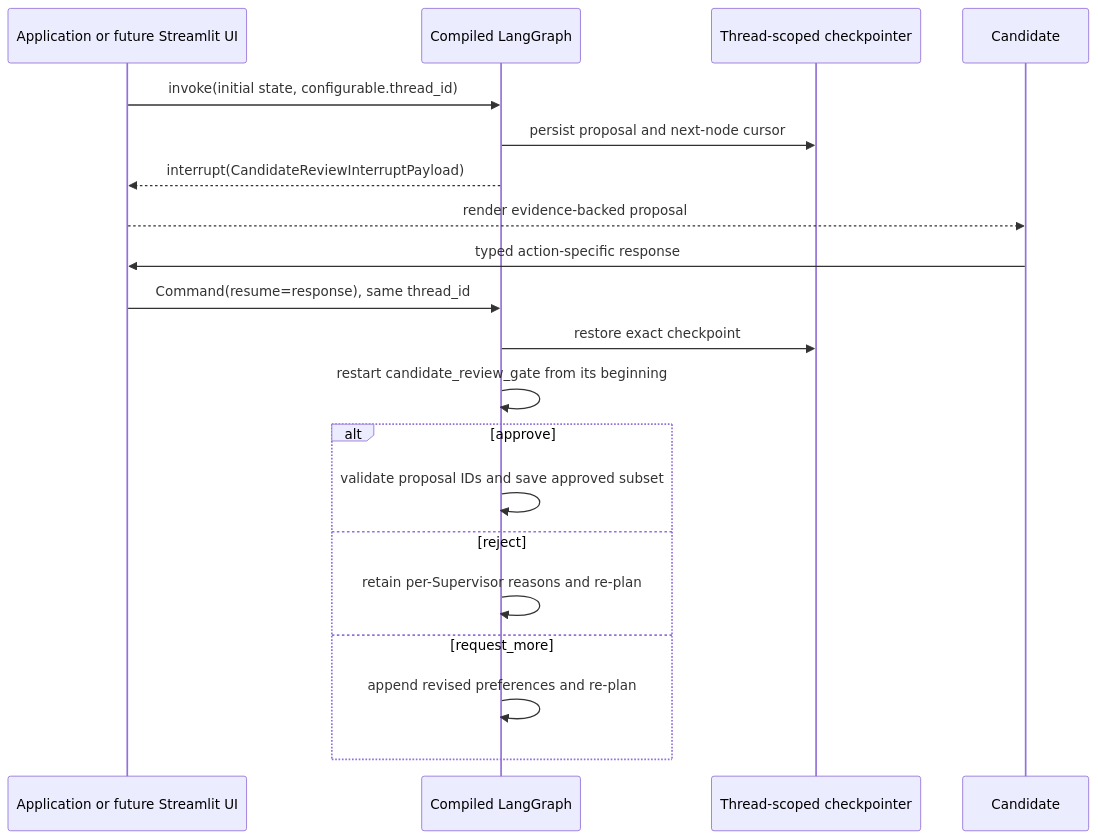
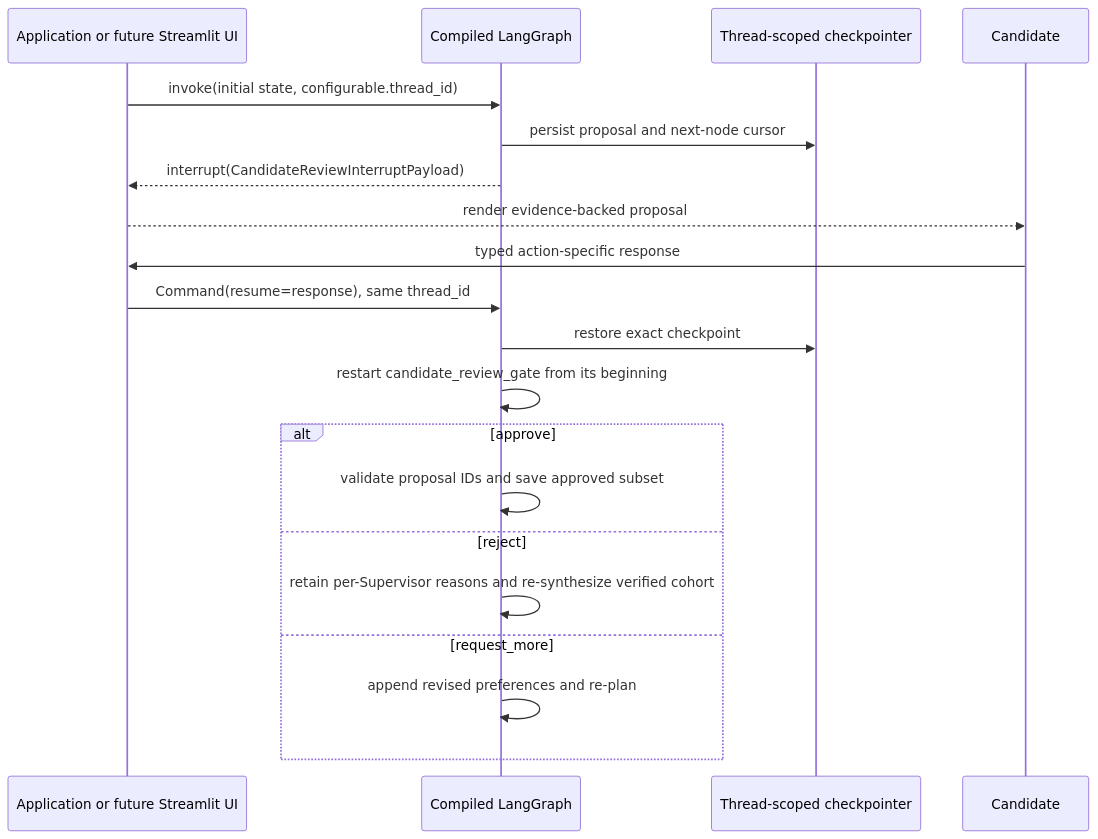
The seventh of 35 diagrams in projects/scholar-path/docs/architecture.md (shanly-rajan/ai-builder), drawn with Mermaid before and after one commit. The commit also changed other lines of this file and 14 other files, not shown here.

````diff
--- a/projects/scholar-path/docs/architecture.md
+++ b/projects/scholar-path/docs/architecture.md
@@ -277,23 +279,23 @@
 ```mermaid
 sequenceDiagram
     participant UI as Application or future Streamlit UI
     participant LG as Compiled LangGraph
     participant CP as Thread-scoped checkpointer
     participant C as Candidate
 
     UI->>LG: invoke(initial state, configurable.thread_id)
     LG->>CP: persist proposal and next-node cursor
     LG-->>UI: interrupt(CandidateReviewInterruptPayload)
     UI-->>C: render evidence-backed proposal
     C->>UI: typed action-specific response
     UI->>LG: Command(resume=response), same thread_id
     LG->>CP: restore exact checkpoint
     LG->>LG: restart candidate_review_gate from its beginning
     alt approve
         LG->>LG: validate proposal IDs and save approved subset
     else reject
-        LG->>LG: retain per-Supervisor reasons and re-plan
+        LG->>LG: retain per-Supervisor reasons and re-synthesize verified cohort
     else request_more
         LG->>LG: append revised preferences and re-plan
     end
 ```
````
